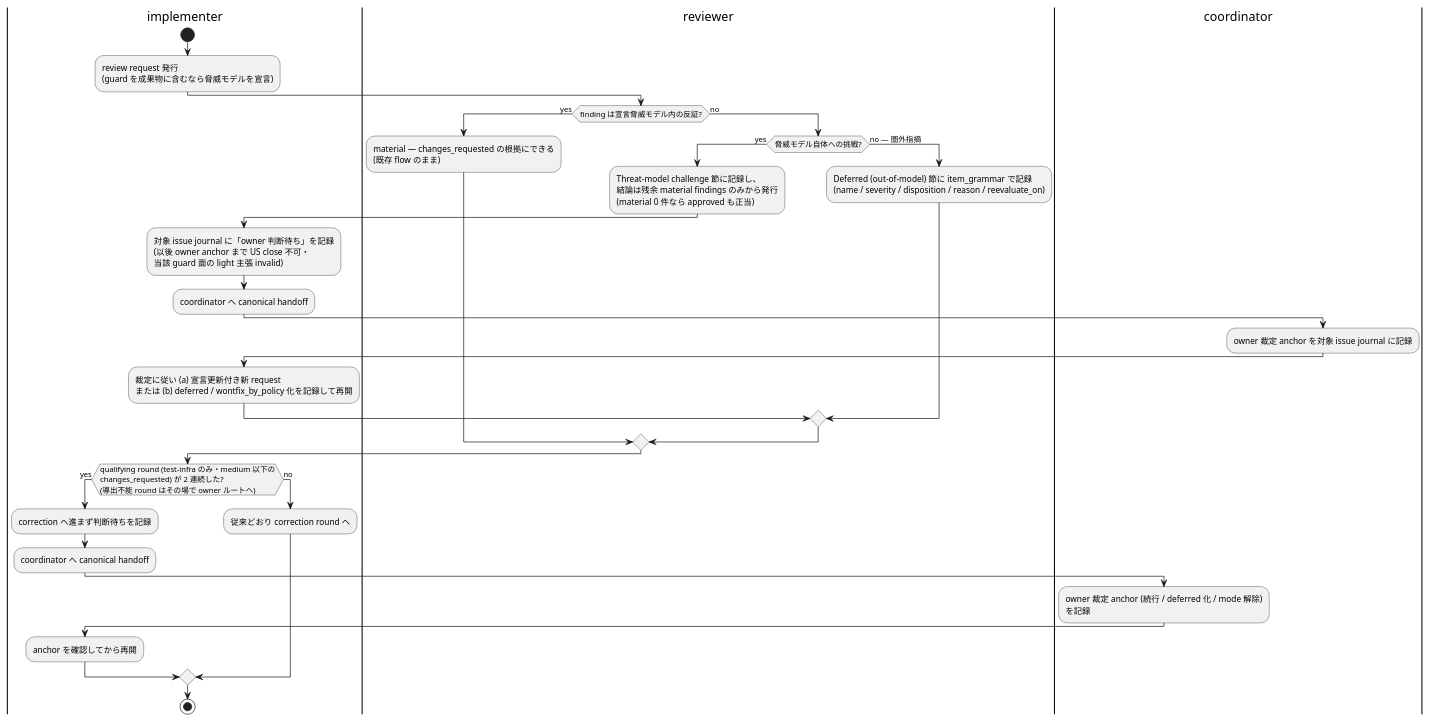
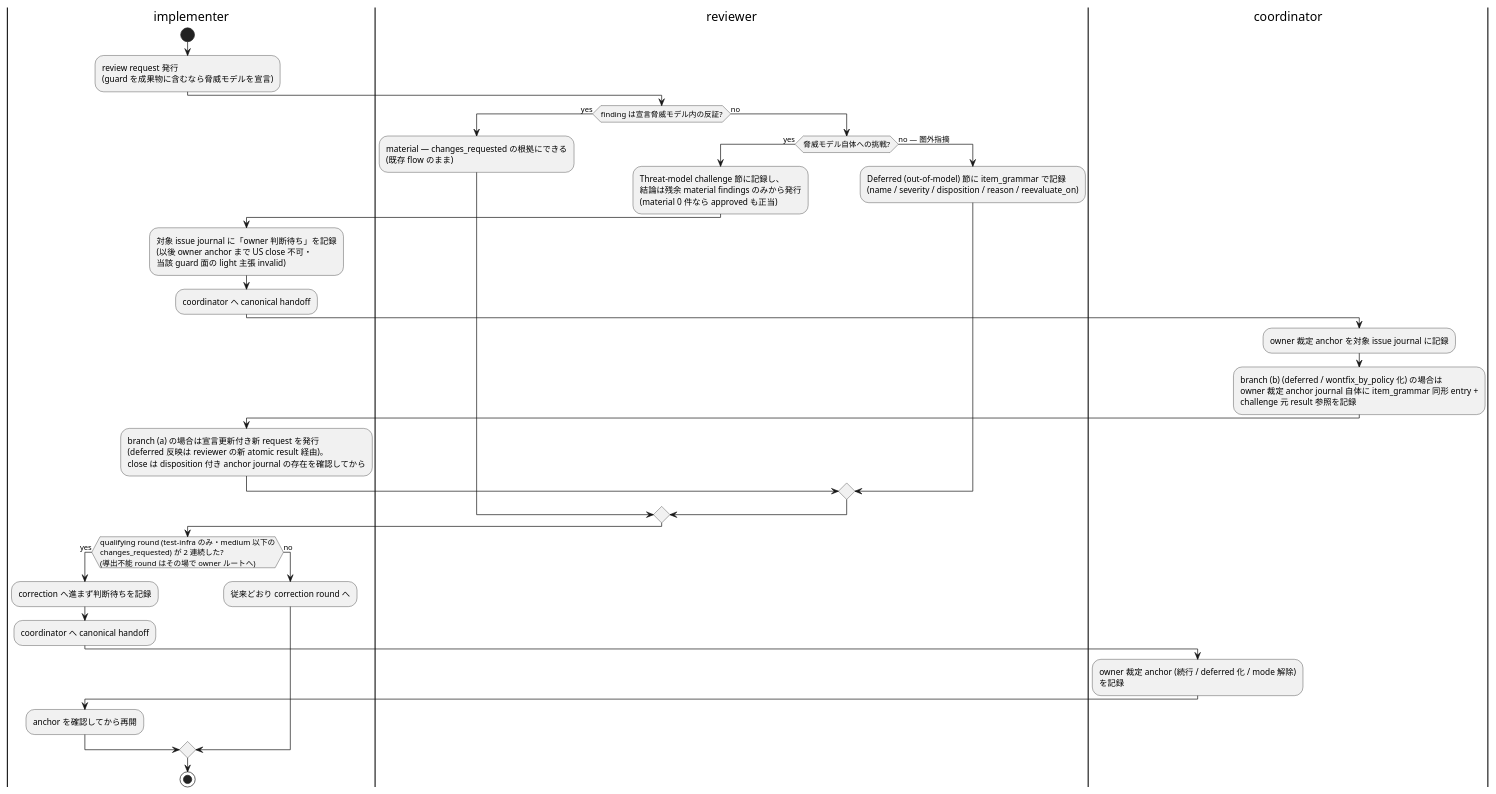
One commit to hollySizzle/mozyo_bridge changed the second of 2 diagrams in vibes/docs/rules/agent-workflow.md. Above: the diagram before and after it, drawn with PlantUML. The commit also changed other lines of this file, not shown here.

First line of the commit message:
issue_15553 unify severity-unknown disposition to the owner stop and give challenge closure a valid record placement

````diff
--- a/vibes/docs/rules/agent-workflow.md
+++ b/vibes/docs/rules/agent-workflow.md
@@ -431,48 +448,53 @@
 ```plantuml
 @startuml
 |implementer|
 start
 :review request 発行
 (guard を成果物に含むなら脅威モデルを宣言);
 |reviewer|
 if (finding は宣言脅威モデル内の反証?) then (yes)
   :material — changes_requested の根拠にできる
 (既存 flow のまま);
 else (no)
   if (脅威モデル自体への挑戦?) then (yes)
     :Threat-model challenge 節に記録し、
 結論は残余 material findings のみから発行
 (material 0 件なら approved も正当);
     |implementer|
     :対象 issue journal に「owner 判断待ち」を記録
 (以後 owner anchor まで US close 不可・
 当該 guard 面の light 主張 invalid);
     :coordinator へ canonical handoff;
     |coordinator|
     :owner 裁定 anchor を対象 issue journal に記録;
+    |coordinator|
+    :branch (b) (deferred / wontfix_by_policy 化) の場合は
+owner 裁定 anchor journal 自体に item_grammar 同形 entry +
+challenge 元 result 参照を記録;
     |implementer|
-    :裁定に従い (a) 宣言更新付き新 request
-または (b) deferred / wontfix_by_policy 化を記録して再開;
+    :branch (a) の場合は宣言更新付き新 request を発行
+(deferred 反映は reviewer の新 atomic result 経由)。
+close は disposition 付き anchor journal の存在を確認してから;
   else (no — 圏外指摘)
     |reviewer|
     :Deferred (out-of-model) 節に item_grammar で記録
 (name / severity / disposition / reason / reevaluate_on);
   endif
 endif
 |implementer|
 if (qualifying round (test-infra のみ・medium 以下の
 changes_requested) が 2 連続した?
 (導出不能 round はその場で owner ルートへ)) then (yes)
   :correction へ進まず判断待ちを記録;
   :coordinator へ canonical handoff;
   |coordinator|
   :owner 裁定 anchor (続行 / deferred 化 / mode 解除)
 を記録;
   |implementer|
   :anchor を確認してから再開;
 else (no)
   :従来どおり correction round へ;
 endif
 stop
 @enduml
 ```
````
